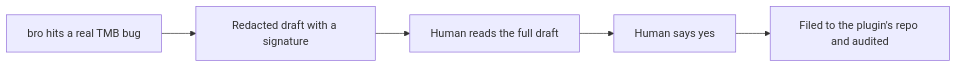
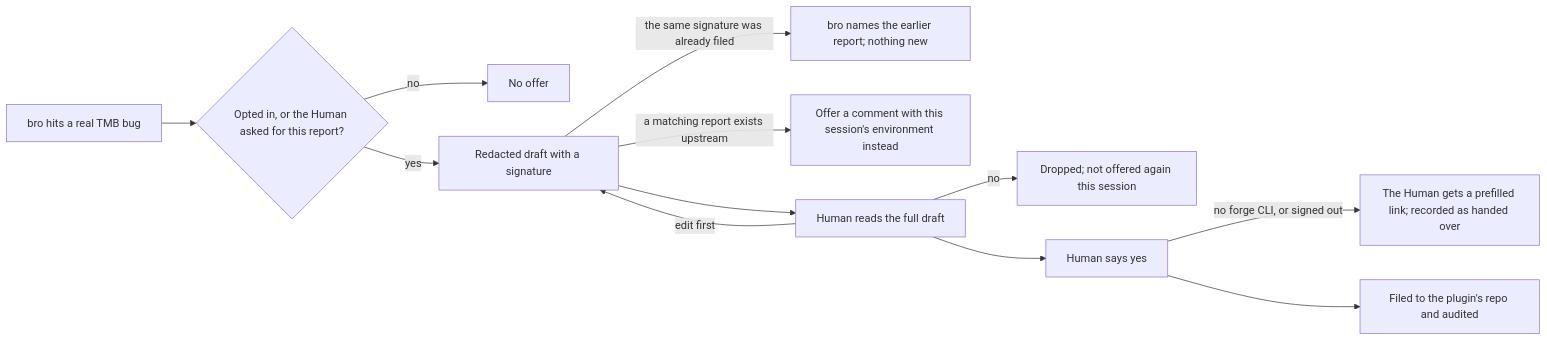
Before and after one commit to trustmybot/plugin: diagram 19 of 19 in docs/architecture/FLOWS.md, drawn with Mermaid. The commit also changed other lines of this file and 6 other files, not shown here.

````diff
--- a/docs/architecture/FLOWS.md
+++ b/docs/architecture/FLOWS.md
@@ -272,7 +274,14 @@
 ```mermaid
 flowchart LR
-    A[bro hits a real TMB bug] --> B[Redacted draft with a signature]
+    A[bro hits a real TMB bug] --> O{Opted in, or the Human asked for this report?}
+    O -- no --> N[No offer]
+    O -- yes --> B[Redacted draft with a signature]
+    B -- the same signature was already filed --> P[bro names the earlier report; nothing new]
+    B -- a matching report exists upstream --> Q[Offer a comment with this session's environment instead]
+    C -- edit first --> B
+    C -- no --> R[Dropped; not offered again this session]
+    D -- no forge CLI, or signed out --> S[The Human gets a prefilled link; recorded as handed over]
     B --> C[Human reads the full draft]
     C --> D[Human says yes]
     D --> E[Filed to the plugin's repo and audited]
 ```
````
